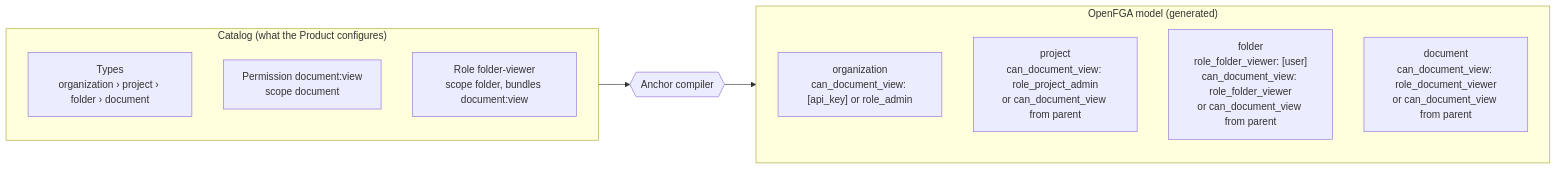
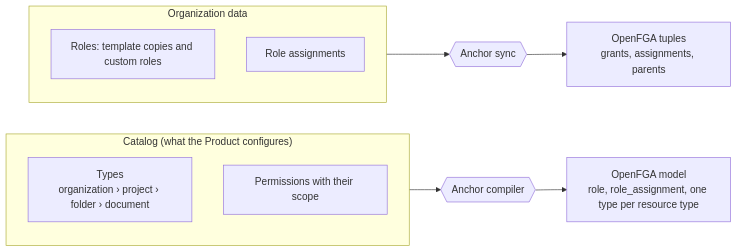
Diagram 16 of 19 in docs/adr/0022-resource-types-scope-roles-and-permissions.md (nanostack-dev/anchor), drawn with Mermaid before and after one commit. The commit also changed other lines of this file, not shown here.

First line of the commit message:
docs(adr): roles belong to Organizations, with template copies and custom roles

````diff
--- a/docs/adr/0022-resource-types-scope-roles-and-permissions.md
+++ b/docs/adr/0022-resource-types-scope-roles-and-permissions.md
@@ -1362,18 +1596,19 @@
 ```mermaid
 flowchart LR
     subgraph catalog["Catalog (what the Product configures)"]
         direction TB
         t["Types<br/>organization › project › folder › document"]
-        p["Permission document:view<br/>scope document"]
-        r["Role folder-viewer<br/>scope folder, bundles document:view"]
+        p["Permissions with their scope"]
+    end
+    subgraph data["Organization data"]
+        direction TB
+        r["Roles: template copies and custom roles"]
+        a["Role assignments"]
     end
     c{{"Anchor compiler"}}
-    subgraph model["OpenFGA model (generated)"]
-        direction TB
-        mo["organization<br/>can_document_view: [api_key] or role_admin"]
-        mp["project<br/>can_document_view: role_project_admin<br/>or can_document_view from parent"]
-        mf["folder<br/>role_folder_viewer: [user]<br/>can_document_view: role_folder_viewer<br/>or can_document_view from parent"]
-        md["document<br/>can_document_view: role_document_viewer<br/>or can_document_view from parent"]
-    end
-    catalog --> c --> model
+    s{{"Anchor sync"}}
+    m["OpenFGA model<br/>role, role_assignment, one type per resource type"]
+    tu["OpenFGA tuples<br/>grants, assignments, parents"]
+    catalog --> c --> m
+    data --> s --> tu
 ```
````
